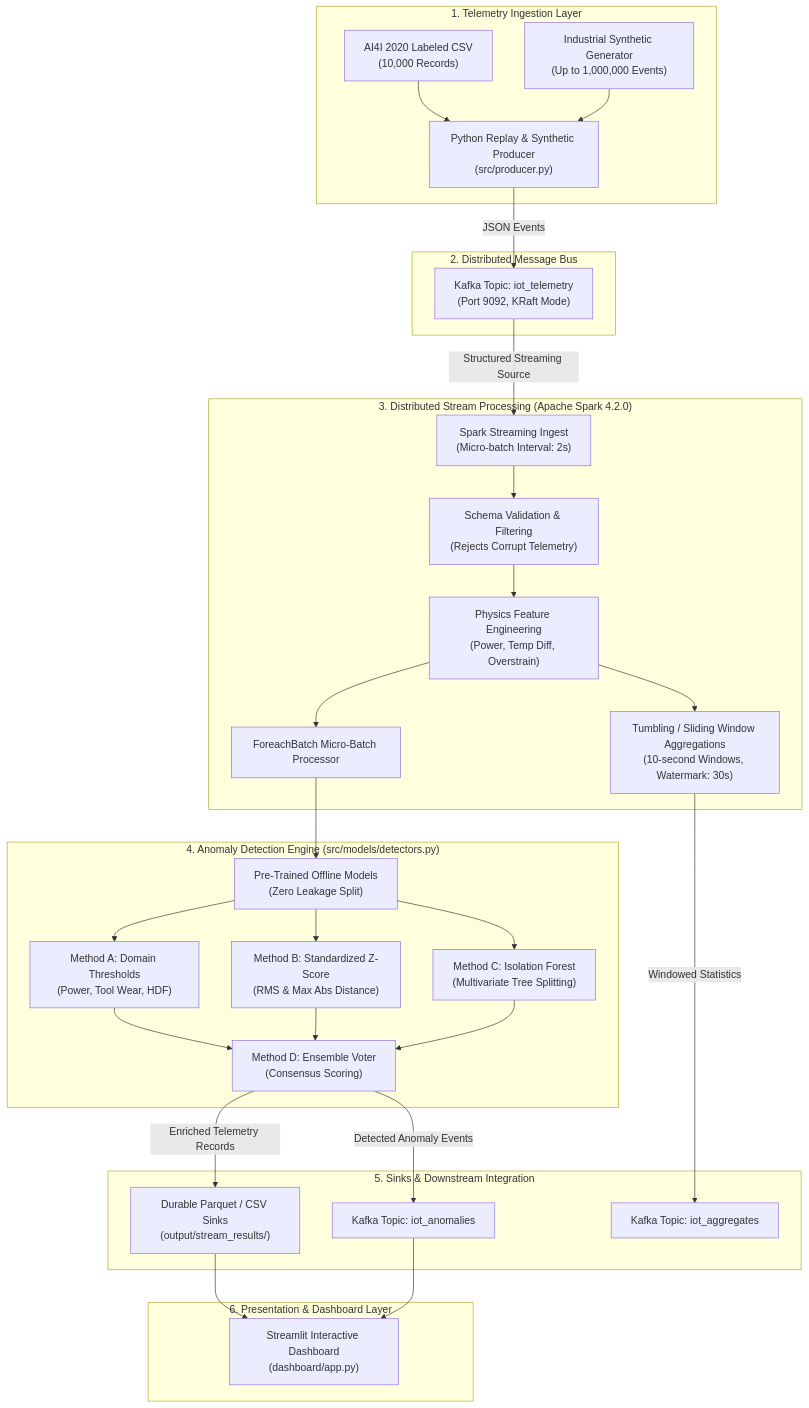
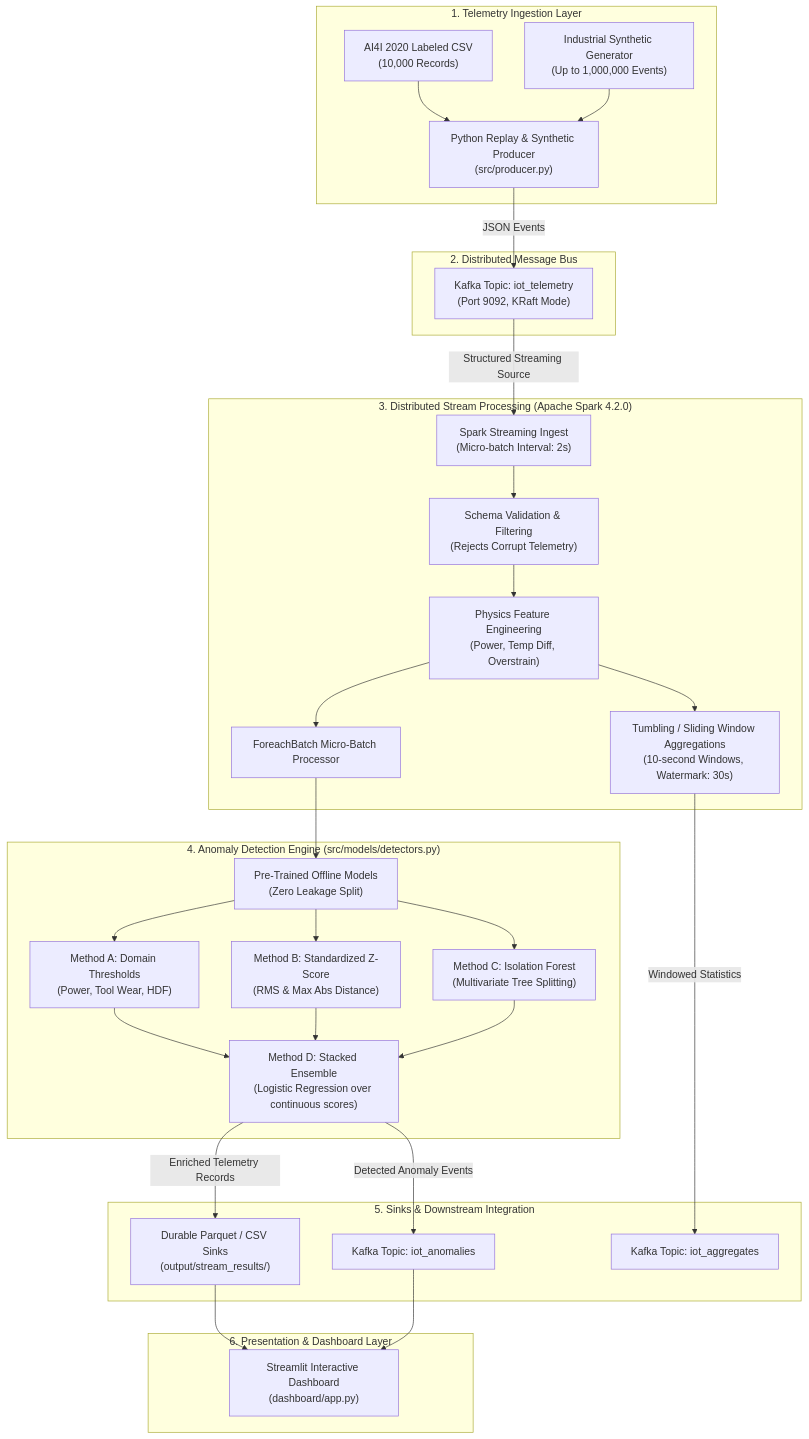
One commit to Sanju-afk/IOT-DATA-PROCESSING changed the diagram in docs/architecture.md. Above: the diagram before and after it, drawn with Mermaid. The commit also changed other lines of this file and 12 other files, not shown here.

First line of the commit message:
feat: replace majority-vote ensemble with stacked meta-model

````diff
--- a/docs/architecture.md
+++ b/docs/architecture.md
@@ -34,38 +34,38 @@
 ```mermaid
 flowchart TD
     subgraph Data_Source ["1. Telemetry Ingestion Layer"]
         A1["AI4I 2020 Labeled CSV<br/>(10,000 Records)"] --> B["Python Replay & Synthetic Producer<br/>(src/producer.py)"]
         A2["Industrial Synthetic Generator<br/>(Up to 1,000,000 Events)"] --> B
     end
 
     subgraph Messaging ["2. Distributed Message Bus"]
         B -->|JSON Events| C["Kafka Topic: iot_telemetry<br/>(Port 9092, KRaft Mode)"]
     end
 
     subgraph Stream_Processing ["3. Distributed Stream Processing (Apache Spark 4.2.0)"]
         C -->|Structured Streaming Source| D["Spark Streaming Ingest<br/>(Micro-batch Interval: 2s)"]
         D --> E["Schema Validation & Filtering<br/>(Rejects Corrupt Telemetry)"]
         E --> F["Physics Feature Engineering<br/>(Power, Temp Diff, Overstrain)"]
         F --> G["Tumbling / Sliding Window Aggregations<br/>(10-second Windows, Watermark: 30s)"]
         F --> H["ForeachBatch Micro-Batch Processor"]
     end
 
     subgraph Detection_Engine ["4. Anomaly Detection Engine (src/models/detectors.py)"]
         H --> I["Pre-Trained Offline Models<br/>(Zero Leakage Split)"]
         I --> J1["Method A: Domain Thresholds<br/>(Power, Tool Wear, HDF)"]
         I --> J2["Method B: Standardized Z-Score<br/>(RMS & Max Abs Distance)"]
         I --> J3["Method C: Isolation Forest<br/>(Multivariate Tree Splitting)"]
-        J1 & J2 & J3 --> K["Method D: Ensemble Voter<br/>(Consensus Scoring)"]
+        J1 & J2 & J3 --> K["Method D: Stacked Ensemble<br/>(Logistic Regression over continuous scores)"]
     end
 
     subgraph Sinks ["5. Sinks & Downstream Integration"]
         K -->|Detected Anomaly Events| L["Kafka Topic: iot_anomalies"]
         K -->|Enriched Telemetry Records| M["Durable Parquet / CSV Sinks<br/>(output/stream_results/)"]
         G -->|Windowed Statistics| N["Kafka Topic: iot_aggregates"]
     end
 
     subgraph Presentation ["6. Presentation & Dashboard Layer"]
         M --> O["Streamlit Interactive Dashboard<br/>(dashboard/app.py)"]
         L --> O
     end
 ```
````
